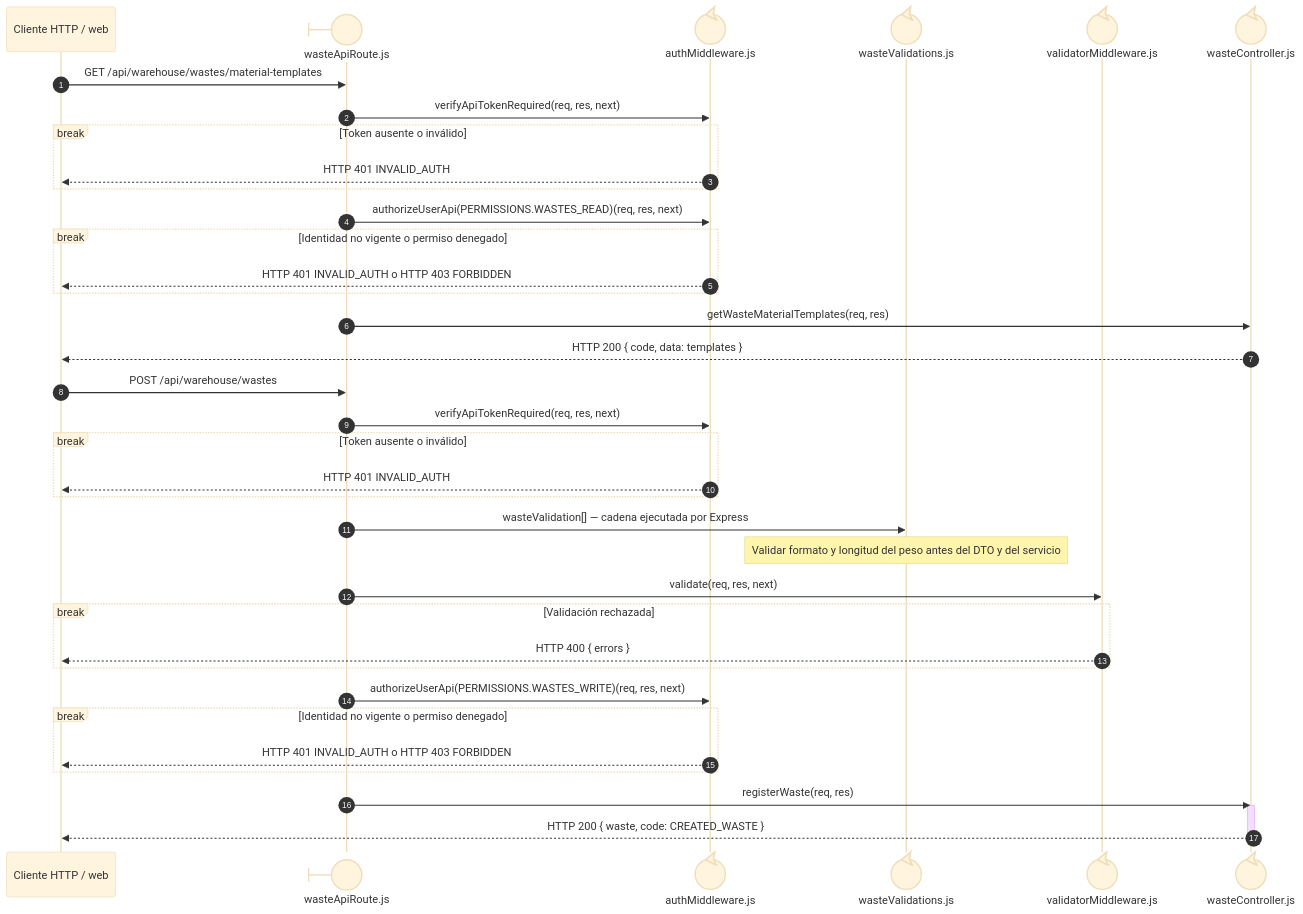
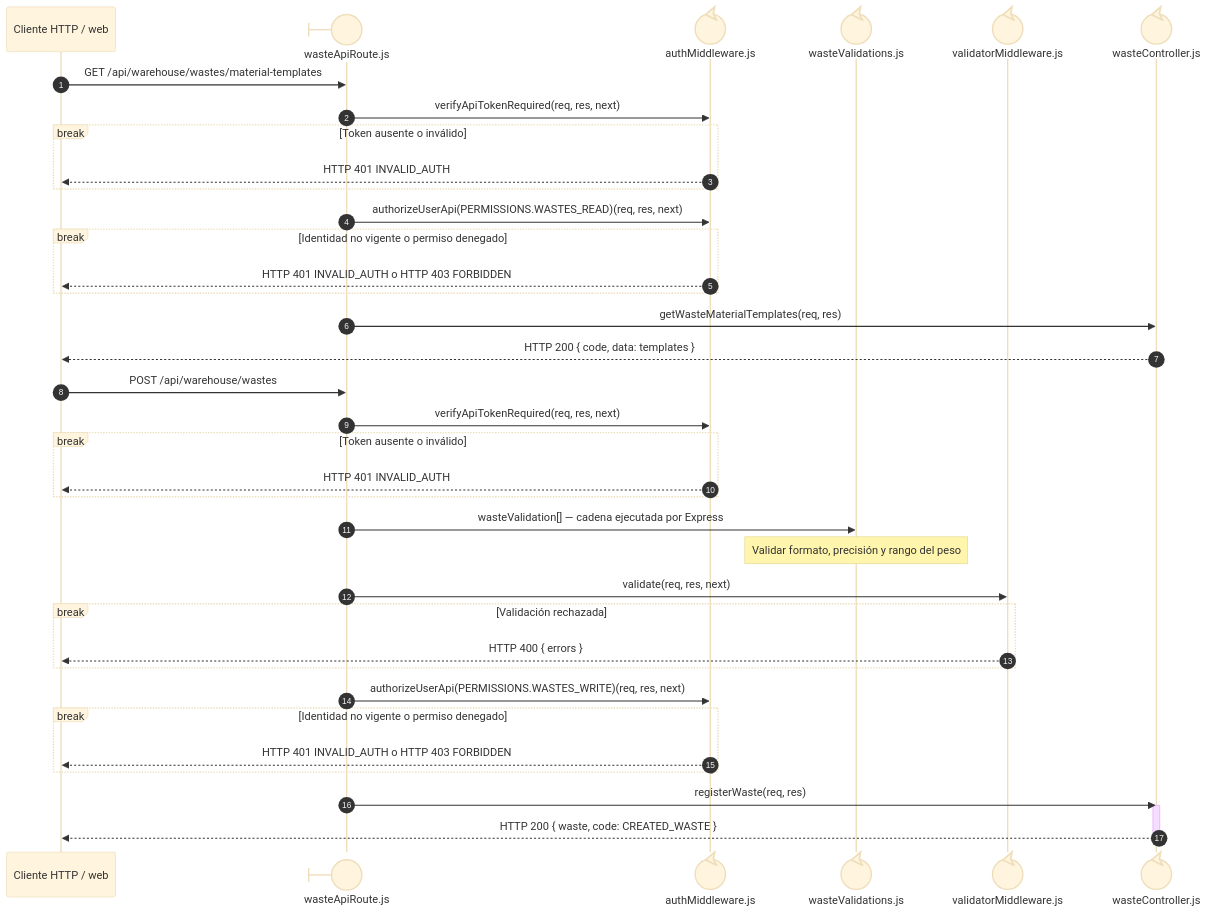
Before and after one commit to gpgsistemas01/nexus: the first of 2 diagrams in docs/architecture/views/processes/backend-code-sequences/catalogs/cu-alm-10.md, drawn with Mermaid (base theme). The commit also changed other lines of this file and 21 other files, not shown here.

````diff
--- a/docs/architecture/views/processes/backend-code-sequences/catalogs/cu-alm-10.md
+++ b/docs/architecture/views/processes/backend-code-sequences/catalogs/cu-alm-10.md
@@ -31,41 +31,41 @@
 ```mermaid
 sequenceDiagram
     autonumber
     participant Client as Cliente HTTP / web
     participant Route@{ "type": "boundary" } as wasteApiRoute.js
     participant Auth@{ "type": "control" } as authMiddleware.js
     participant ValidationRules@{ "type": "control" } as wasteValidations.js
     participant Validator@{ "type": "control" } as validatorMiddleware.js
     participant Controller@{ "type": "control" } as wasteController.js
 
     Client->>Route: GET /api/warehouse/wastes/material-templates
     Route->>Auth: verifyApiTokenRequired(req, res, next)
     break Token ausente o inválido
         Auth-->>Client: HTTP 401 INVALID_AUTH
     end
     Route->>Auth: authorizeUserApi(PERMISSIONS.WASTES_READ)(req, res, next)
     break Identidad no vigente o permiso denegado
         Auth-->>Client: HTTP 401 INVALID_AUTH o HTTP 403 FORBIDDEN
     end
     Route->>Controller: getWasteMaterialTemplates(req, res)
     Controller-->>Client: HTTP 200 { code, data: templates }
     Client->>Route: POST /api/warehouse/wastes
     Route->>Auth: verifyApiTokenRequired(req, res, next)
     break Token ausente o inválido
         Auth-->>Client: HTTP 401 INVALID_AUTH
     end
     Route->>ValidationRules: wasteValidation[] — cadena ejecutada por Express
-    Note over ValidationRules: Validar formato y longitud del peso antes del DTO y del servicio
+    Note over ValidationRules: Validar formato, precisión y rango del peso
     Route->>Validator: validate(req, res, next)
     break Validación rechazada
         Validator-->>Client: HTTP 400 { errors }
     end
     Route->>Auth: authorizeUserApi(PERMISSIONS.WASTES_WRITE)(req, res, next)
     break Identidad no vigente o permiso denegado
         Auth-->>Client: HTTP 401 INVALID_AUTH o HTTP 403 FORBIDDEN
     end
     Route->>Controller: registerWaste(req, res)
     activate Controller
         Controller-->>Client: HTTP 200 { waste, code: CREATED_WASTE }
     deactivate Controller
 ```
````
